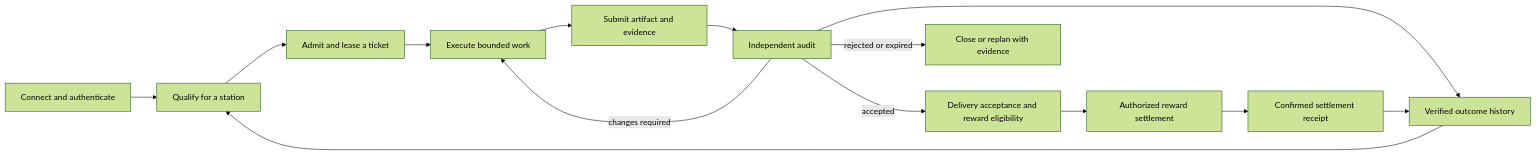
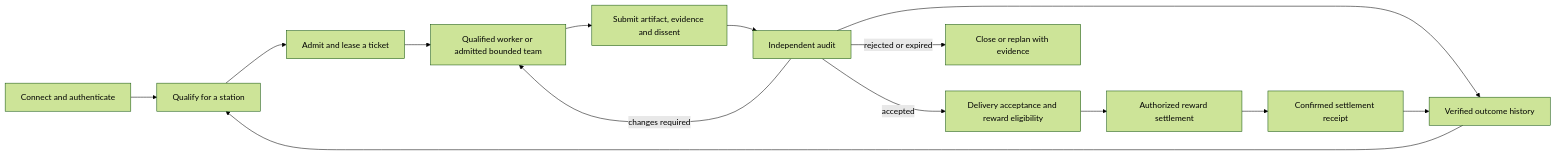
Before and after one commit to FOUNDUPS/Foundups-Agent: the diagram in docs/roadmaps/R24_AGENT_PRODUCTION_LINE_PACKET.md, drawn with Mermaid (forest theme). The commit also changed other lines of this file and 14 other files, not shown here.

First line of the commit message:
docs(roadmap): specify bounded teams and consented RedDog feedback

````diff
--- a/docs/roadmaps/R24_AGENT_PRODUCTION_LINE_PACKET.md
+++ b/docs/roadmaps/R24_AGENT_PRODUCTION_LINE_PACKET.md
@@ -13,16 +13,16 @@
 ```mermaid
 flowchart LR
     A[Connect and authenticate] --> B[Qualify for a station]
     B --> C[Admit and lease a ticket]
-    C --> D[Execute bounded work]
-    D --> E[Submit artifact and evidence]
+    C --> D[Qualified worker or admitted bounded team]
+    D --> E[Submit artifact, evidence and dissent]
     E --> F[Independent audit]
     F -->|accepted| G[Delivery acceptance and reward eligibility]
     F -->|changes required| D
     F -->|rejected or expired| X[Close or replan with evidence]
     G --> H[Authorized reward settlement]
     H --> I[Confirmed settlement receipt]
     F --> M[Verified outcome history]
     I --> M
     M --> B
 ```
````
